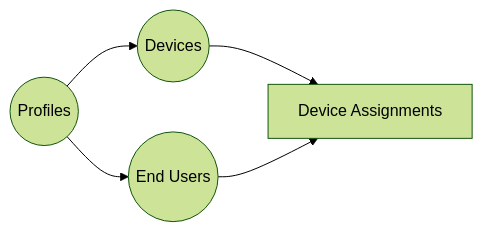
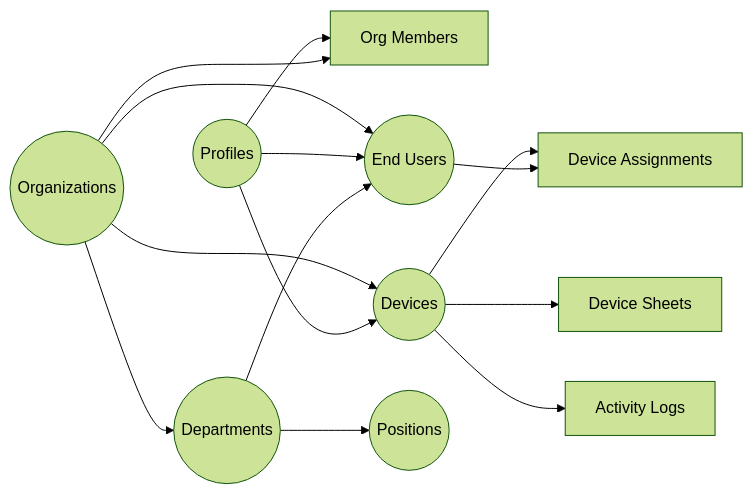
One commit to duacacao/IT_Asset_Management changed the diagram in README.md. Above: the diagram before and after it, drawn with Mermaid (forest theme). The commit also changed other lines of this file, not shown here.

````diff
--- a/README.md
+++ b/README.md
@@ -150,12 +261,27 @@
 ```mermaid
 graph LR
     profiles((Profiles))
+    organizations((Organizations))
+    org_members[Org Members]
     end_users((End Users))
     devices((Devices))
+    device_sheets[Device Sheets]
     assign[Device Assignments]
+    departments((Departments))
+    positions((Positions))
+    activity_logs[Activity Logs]
 
+    profiles --> org_members
+    organizations --> org_members
+    organizations --> devices
+    organizations --> end_users
+    organizations --> departments
     profiles --> devices
     profiles --> end_users
     devices --> assign
+    devices --> device_sheets
     end_users --> assign
+    departments --> positions
+    departments --> end_users
+    devices --> activity_logs
 ```
````
